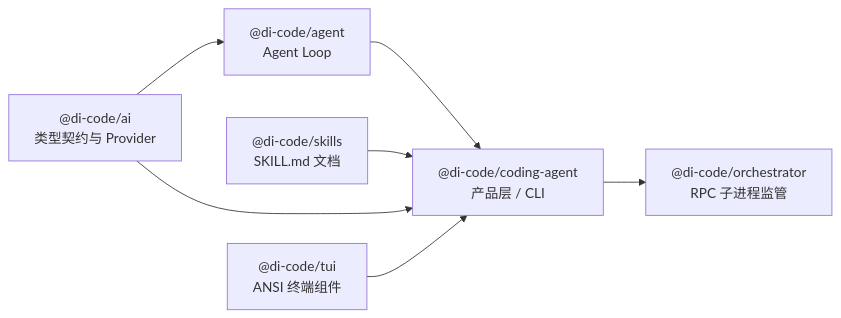
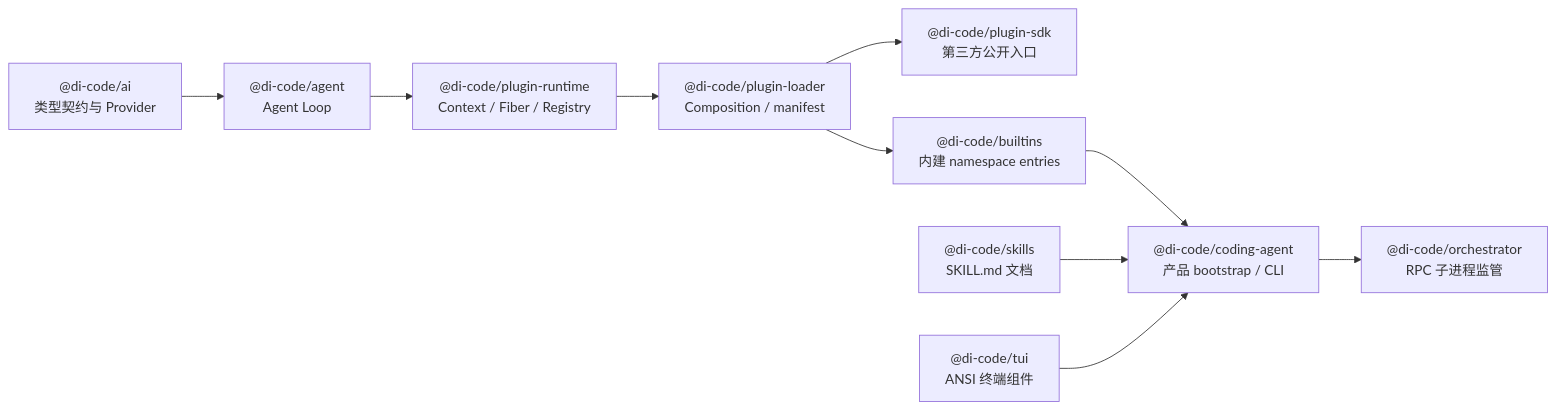
Before and after one commit to qddidi/di-code: the first of 3 diagrams in docs/开发教程.md, drawn with Mermaid. The commit also changed other lines of this file and 14 other files, not shown here.

````diff
--- a/docs/开发教程.md
+++ b/docs/开发教程.md
@@ -11,9 +11,12 @@
 ```mermaid
 graph LR
   AI["@di-code/ai<br/>类型契约与 Provider"] --> Agent["@di-code/agent<br/>Agent Loop"]
-  Agent --> Coding["@di-code/coding-agent<br/>产品层 / CLI"]
+  Agent --> Runtime["@di-code/plugin-runtime<br/>Context / Fiber / Registry"]
+  Runtime --> Loader["@di-code/plugin-loader<br/>Composition / manifest"]
+  Loader --> SDK["@di-code/plugin-sdk<br/>第三方公开入口"]
+  Loader --> Builtins["@di-code/builtins<br/>内建 namespace entries"]
+  Builtins --> Coding["@di-code/coding-agent<br/>产品 bootstrap / CLI"]
   Skills["@di-code/skills<br/>SKILL.md 文档"] --> Coding
-  AI --> Coding
   TUI["@di-code/tui<br/>ANSI 终端组件"] --> Coding
   Coding --> Orchestrator["@di-code/orchestrator<br/>RPC 子进程监管"]
 ```
````
